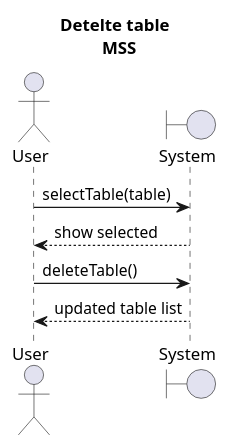
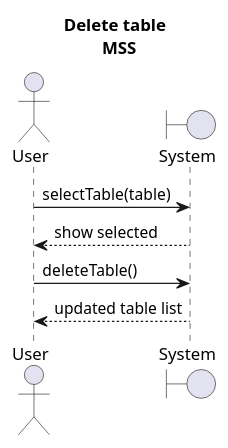
Before and after one commit to Bhamoss/softwareOntwerpProject: the diagram in diagrams/systemSequenceDiagram/deleteTable.puml, drawn with PlantUML. The commit also changed 4 other files, not shown here.

```diff
--- a/diagrams/systemSequenceDiagram/deleteTable.puml
+++ b/diagrams/systemSequenceDiagram/deleteTable.puml
@@ -1,12 +1,12 @@
 @startuml
-title Detelte table \n MSS
+title Delete table \n MSS
 Actor User
 Boundary System
 User -> System: selectTable(table)
 System --> User: show selected
 User -> System: deleteTable()
 System --> User: updated table list
 
 
 
 @enduml
```
